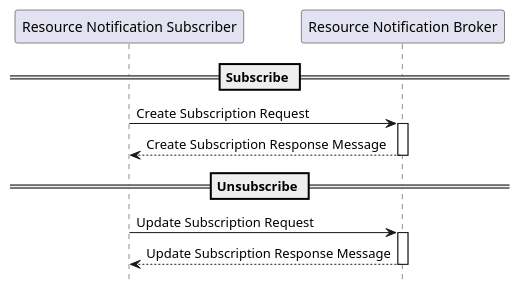
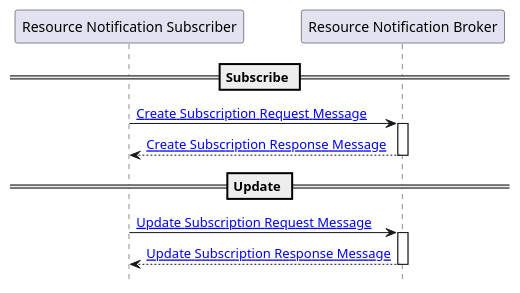
Before and after one commit to IHE/ITI.DSUBm: the diagram in input/images-source/ITI-110-seq.plantuml, drawn with PlantUML. The commit also changed 8 other files, not shown here.

```diff
--- a/input/images-source/ITI-110-seq.plantuml
+++ b/input/images-source/ITI-110-seq.plantuml
@@ -1,31 +1,31 @@
 @startuml
 hide footbox
 participant "Resource Notification Subscriber" as  Subscriber
 participant "Resource Notification Broker" as  Broker
 
 
 == Subscribe ==
-Subscriber -> Broker : Create Subscription Request 
+Subscriber -> Broker : [[ITI-110.html#231105-create-subscription-request-message Create Subscription Request Message]]
 activate Broker
 /'
 participant "Resource Notification Recipient" as  Recipient
 opt handskake HTTPS   
   Broker -> Recipient: Handshake Notification
   alt Handshake Success
   Recipient -> Broker: 200 OK 
   else Handshake Failure
   Recipient ->Broker: 404 Not Found
   end
 end
 '/
-Broker --> Subscriber : Create Subscription Response Message 
+Broker --> Subscriber : [[ITI-110.html#231106-create-subscription-response-message Create Subscription Response Message]]
 deactivate Broker
 
-== Unsubscribe ==
-Subscriber -> Broker: Update Subscription Request 
+== Update ==
+Subscriber -> Broker: [[ITI-110.html#231107-update-subscription-request-message Update Subscription Request Message]]
 
 activate Broker
-Broker --> Subscriber: Update Subscription Response Message 
+Broker --> Subscriber: [[ITI-110.html#231108-update-subscription-response-message Update Subscription Response Message]]
 deactivate Broker
 
 @enduml
```
